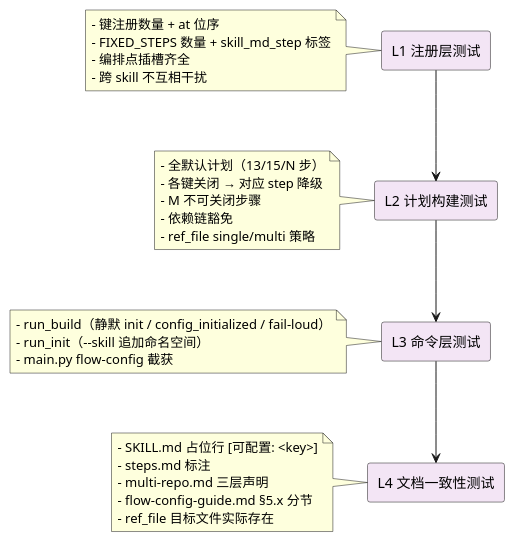
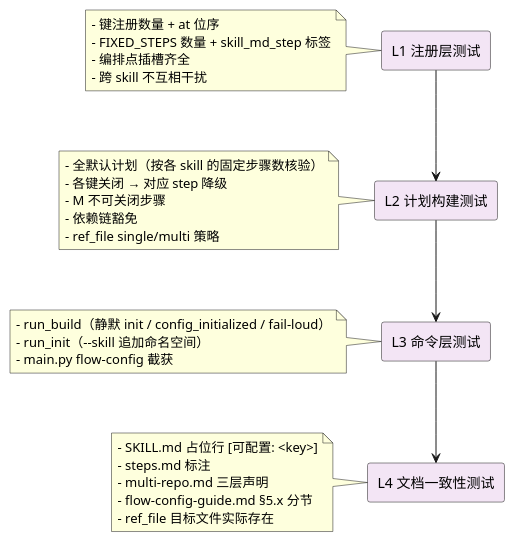
Before and after one commit to czb1/sdd: diagram 11 of 11 in 开发者指导.md, drawn with PlantUML. The commit also changed other lines of this file and 11 other files, not shown here.

````diff
--- a/开发者指导.md
+++ b/开发者指导.md
@@ -762,42 +762,42 @@
 ```plantuml
 @startuml component
 skinparam rectangleBackgroundColor #F3E5F5
 
 rectangle "L1 注册层测试" as L1
 note left of L1
   - 键注册数量 + at 位序
   - FIXED_STEPS 数量 + skill_md_step 标签
   - 编排点插槽齐全
   - 跨 skill 不互相干扰
 end note
 
 rectangle "L2 计划构建测试" as L2
 note left of L2
-  - 全默认计划（13/15/N 步）
+  - 全默认计划（按各 skill 的固定步骤数核验）
   - 各键关闭 → 对应 step 降级
   - M 不可关闭步骤
   - 依赖链豁免
   - ref_file single/multi 策略
 end note
 
 rectangle "L3 命令层测试" as L3
 note left of L3
   - run_build（静默 init / config_initialized / fail-loud）
   - run_init（--skill 追加命名空间）
   - main.py flow-config 截获
 end note
 
 rectangle "L4 文档一致性测试" as L4
 note left of L4
   - SKILL.md 占位行 [可配置: <key>]
   - steps.md 标注
   - multi-repo.md 三层声明
   - flow-config-guide.md §5.x 分节
   - ref_file 目标文件实际存在
 end note
 
 L1 --> L2
 L2 --> L3
 L3 --> L4
 @enduml
 ```
````
